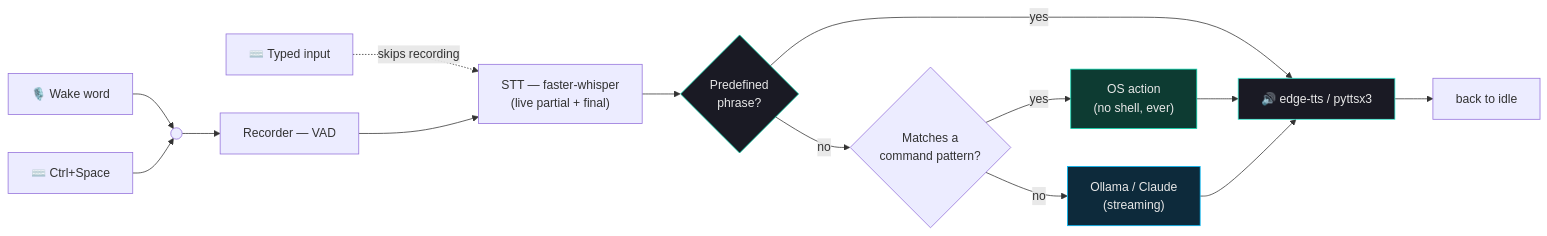
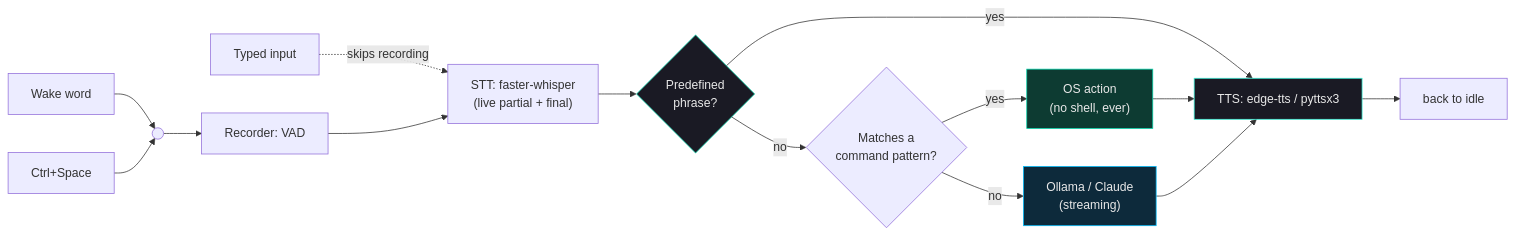
Before and after one commit to sametgurtuna/SAM: the diagram in README.md, drawn with Mermaid. The commit also changed other lines of this file and 21 other files, not shown here.

````diff
--- a/README.md
+++ b/README.md
@@ -100,21 +88,21 @@
 ```mermaid
 flowchart LR
-    WW["🎙️ Wake word"] --> ROUTE
-    HK["⌨️ Ctrl+Space"] --> ROUTE
-    TX["⌨️ Typed input"] -.skips recording.-> STT
-    ROUTE(( )) --> REC["Recorder — VAD"]
-    REC --> STT["STT — faster-whisper\n(live partial + final)"]
+    WW["Wake word"] --> ROUTE
+    HK["Ctrl+Space"] --> ROUTE
+    TX["Typed input"] -.skips recording.-> STT
+    ROUTE(( )) --> REC["Recorder: VAD"]
+    REC --> STT["STT: faster-whisper\n(live partial + final)"]
     STT --> INSTANT{"Predefined\nphrase?"}
-    INSTANT -- yes --> TTS["🔊 edge-tts / pyttsx3"]
+    INSTANT -- yes --> TTS["TTS: edge-tts / pyttsx3"]
     INSTANT -- no --> CMD{"Matches a\ncommand pattern?"}
     CMD -- yes --> SYS["OS action\n(no shell, ever)"]
     CMD -- no --> LLM["Ollama / Claude\n(streaming)"]
     SYS --> TTS
     LLM --> TTS
     TTS --> IDLE["back to idle"]
 
     style SYS fill:#0d3b32,stroke:#00D4AA,color:#e8e8e8
     style LLM fill:#0d2a3b,stroke:#00BFFF,color:#e8e8e8
     style TTS fill:#1a1a24,stroke:#38F2D8,color:#e8e8e8
     style INSTANT fill:#1a1a24,stroke:#00D4AA,color:#e8e8e8
 ```
````
